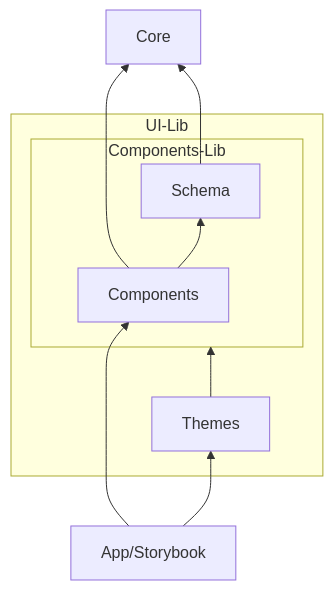
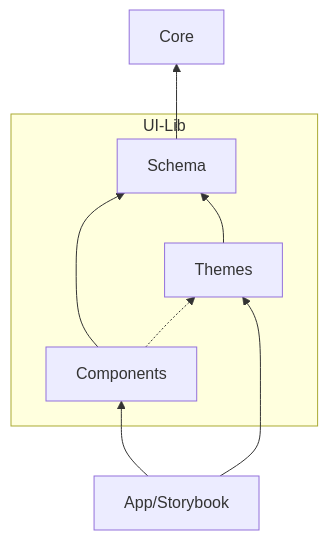
The first of 3 diagrams in README.md (deleonio/adopted-style-sheets), drawn with Mermaid before and after one commit. The commit also changed other lines of this file, not shown here.

````diff
--- a/README.md
+++ b/README.md
@@ -18,13 +18,11 @@
 ```mermaid
   flowchart BT
     subgraph UI-Lib
-      subgraph Components-Lib
-         Components --> Schema
-      end
-      Themes --> Components-Lib
+      Components --> Schema
+      Components .-> Themes
+      Themes --> Schema
     end
-    Components --> Core
     Schema --> Core
     App/Storybook --> Components
     App/Storybook --> Themes
 ```
````
